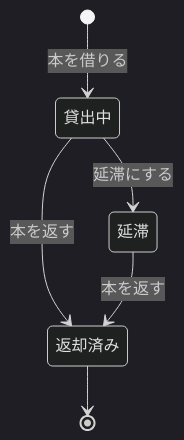
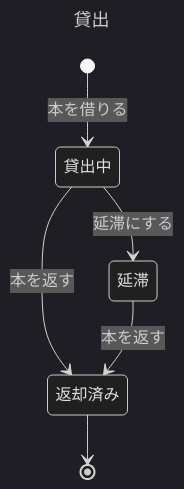
The diagram in plugins/write-doc/skills/write-doc/assets/examples/domain-rule.example.md (nakamori-naoya/write-doc-plugins), drawn with Mermaid (dark theme) before and after one commit. The commit also changed other lines of this file and 4 other files, not shown here.

````diff
--- a/plugins/write-doc/skills/write-doc/assets/examples/domain-rule.example.md
+++ b/plugins/write-doc/skills/write-doc/assets/examples/domain-rule.example.md
@@ -131,8 +131,11 @@
 ```mermaid
+---
+title: 貸出
+---
 stateDiagram-v2
     [*] --> 貸出中: 本を借りる
     貸出中 --> 延滞: 延滞にする
     貸出中 --> 返却済み: 本を返す
     延滞 --> 返却済み: 本を返す
     返却済み --> [*]
 ```
````
